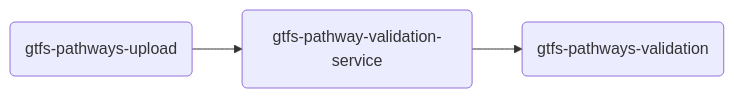
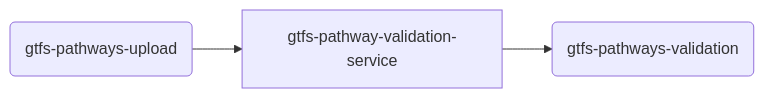
Before and after one commit to TaskarCenterAtUW/TDEI-GTFS-Pathways-Validation: the diagram in README.md, drawn with Mermaid. The commit also changed other lines of this file, not shown here.

````diff
--- a/README.md
+++ b/README.md
@@ -53,5 +53,5 @@
 ```mermaid
 graph LR;
-  A(gtfs-pathways-upload)-->B(gtfs-pathway-validation-service);
+  A(gtfs-pathways-upload)-->B[gtfs-pathway-validation-service];
   B-->C(gtfs-pathways-validation)
 ```
````
